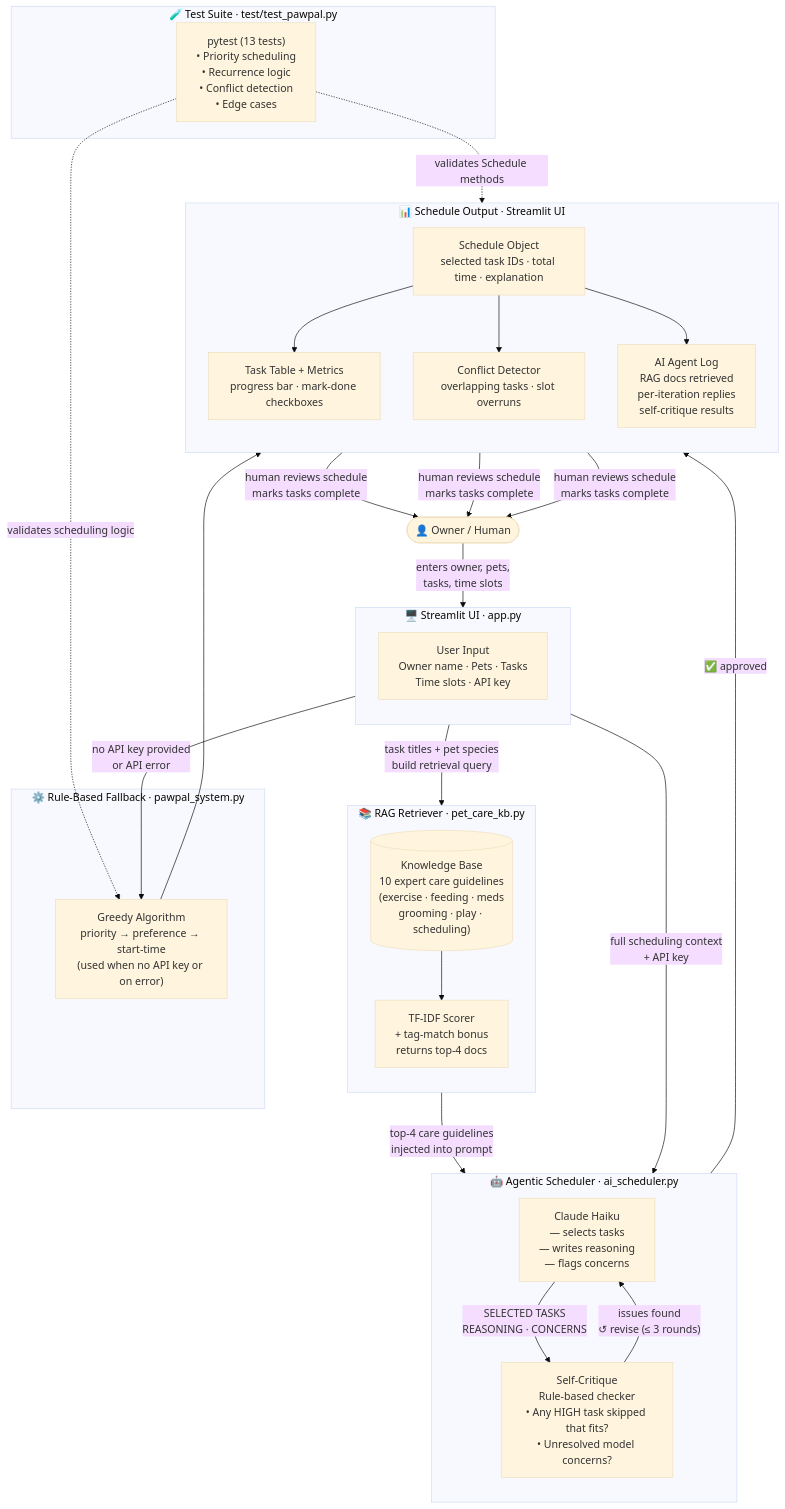
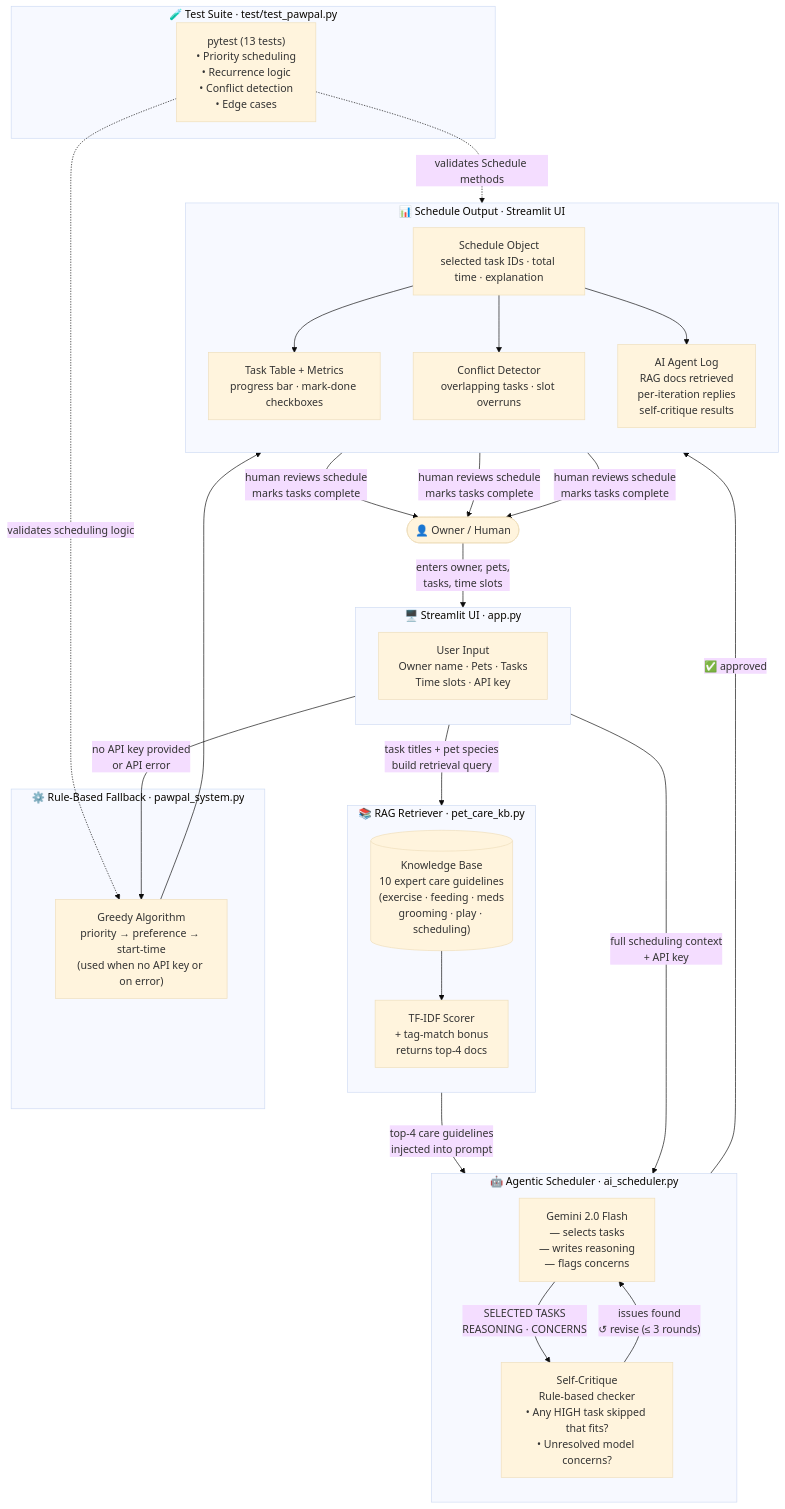
Before and after one commit to fyf820/applied-ai-system-project: the diagram in ARCHITECTURE.md, drawn with Mermaid (base theme).

Commit message:
Update system diagram

````diff
--- a/ARCHITECTURE.md
+++ b/ARCHITECTURE.md
@@ -17,67 +17,67 @@
 ```mermaid
 flowchart TD
 
     %% ── Human ──────────────────────────────────────────────────────────────
     USER(["👤 Owner / Human"])
 
     %% ── Input ──────────────────────────────────────────────────────────────
     subgraph UI["🖥️  Streamlit UI  ·  app.py"]
         direction TB
         IN_DATA["User Input\nOwner name · Pets · Tasks\nTime slots · API key"]
     end
 
     %% ── RAG ────────────────────────────────────────────────────────────────
     subgraph RAG["📚  RAG Retriever  ·  pet_care_kb.py"]
         direction TB
         KB[("Knowledge Base\n10 expert care guidelines\n(exercise · feeding · meds\ngrooming · play · scheduling)")]
         TFIDF["TF-IDF Scorer\n+ tag-match bonus\nreturns top-4 docs"]
         KB --> TFIDF
     end
 
     %% ── Agentic loop ────────────────────────────────────────────────────────
     subgraph AGENT["🤖  Agentic Scheduler  ·  ai_scheduler.py"]
         direction TB
-        CLAUDE["Claude Haiku\n― selects tasks\n― writes reasoning\n― flags concerns"]
+        CLAUDE["Gemini 2.0 Flash\n― selects tasks\n― writes reasoning\n― flags concerns"]
         CRITIC["Self-Critique\nRule-based checker\n• Any HIGH task skipped that fits?\n• Unresolved model concerns?"]
         CLAUDE -->|"SELECTED TASKS\nREASONING · CONCERNS"| CRITIC
         CRITIC -->|"issues found\n↺ revise  (≤ 3 rounds)"| CLAUDE
     end
 
     %% ── Fallback ────────────────────────────────────────────────────────────
     subgraph FALLBACK["⚙️  Rule-Based Fallback  ·  pawpal_system.py"]
         GREEDY["Greedy Algorithm\npriority → preference → start-time\n(used when no API key or on error)"]
     end
 
     %% ── Output ──────────────────────────────────────────────────────────────
     subgraph OUTPUT["📊  Schedule Output  ·  Streamlit UI"]
         direction TB
         SCHED["Schedule Object\nselected task IDs · total time · explanation"]
         DISPLAY["Task Table + Metrics\nprogress bar · mark-done checkboxes"]
         CONFLICTS["Conflict Detector\noverlapping tasks · slot overruns"]
         ALOG["AI Agent Log\nRAG docs retrieved\nper-iteration replies\nself-critique results"]
         SCHED --> DISPLAY & CONFLICTS & ALOG
     end
 
     %% ── Testing ─────────────────────────────────────────────────────────────
     subgraph TESTING["🧪  Test Suite  ·  test/test_pawpal.py"]
         PYTEST["pytest  (13 tests)\n• Priority scheduling\n• Recurrence logic\n• Conflict detection\n• Edge cases"]
     end
 
     %% ── Data-flow edges ─────────────────────────────────────────────────────
 
     USER -->|"enters owner, pets,\ntasks, time slots"| IN_DATA
 
     IN_DATA -->|"task titles + pet species\nbuild retrieval query"| TFIDF
     TFIDF  -->|"top-4 care guidelines\ninjected into prompt"| CLAUDE
     IN_DATA -->|"full scheduling context\n+ API key"| CLAUDE
 
     IN_DATA -->|"no API key provided\nor API error"| GREEDY
 
     CRITIC  -->|"✅ approved"| SCHED
     GREEDY  --> SCHED
 
     DISPLAY & CONFLICTS & ALOG -->|"human reviews schedule\nmarks tasks complete"| USER
 
     PYTEST -.->|"validates scheduling logic"| GREEDY
     PYTEST -.->|"validates Schedule methods"| SCHED
 ```
````
